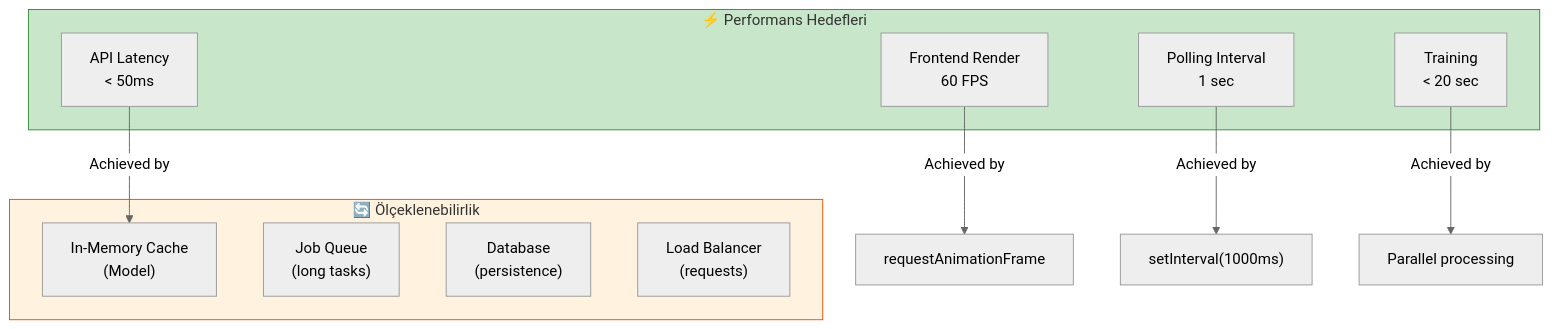
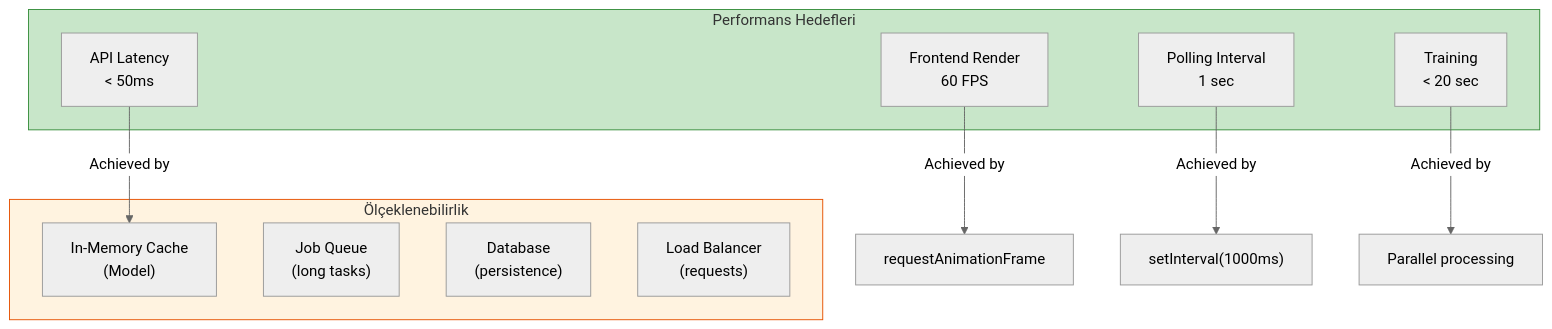
One commit to Hisimsek1/Perihelion.AI changed diagram 12 of 12 in docs/ARCHITECTURE.md. Above: the diagram before and after it, drawn with Mermaid (neutral theme). The commit also changed other lines of this file, not shown here.

Commit message:
Remove emojis from architecture diagrams for cleaner documentation

````diff
--- a/docs/ARCHITECTURE.md
+++ b/docs/ARCHITECTURE.md
@@ -553,24 +552,24 @@
 ```mermaid
 graph TB
-    subgraph Perf["⚡ Performans Hedefleri"]
+    subgraph Perf["Performans Hedefleri"]
         API_P["API Latency<br/>< 50ms"]
         FE_P["Frontend Render<br/>60 FPS"]
         Poll_P["Polling Interval<br/>1 sec"]
         Train_P["Training<br/>< 20 sec"]
     end
     
-    subgraph Scale["🔄 Ölçeklenebilirlik"]
+    subgraph Scale["Ölçeklenebilirlik"]
         Cache["In-Memory Cache<br/>(Model)"]
         Queue["Job Queue<br/>(long tasks)"]
         DB["Database<br/>(persistence)"]
         Load["Load Balancer<br/>(requests)"]
     end
     
     API_P -->|Achieved by| Cache
     FE_P -->|Achieved by| RequestAnimFrame["requestAnimationFrame"]
     Poll_P -->|Achieved by| SetInterval["setInterval(1000ms)"]
     Train_P -->|Achieved by| Parallel["Parallel processing"]
     
     style Perf fill:#c8e6c9,stroke:#388e3c
     style Scale fill:#fff3e0,stroke:#e65100
 ```
````
